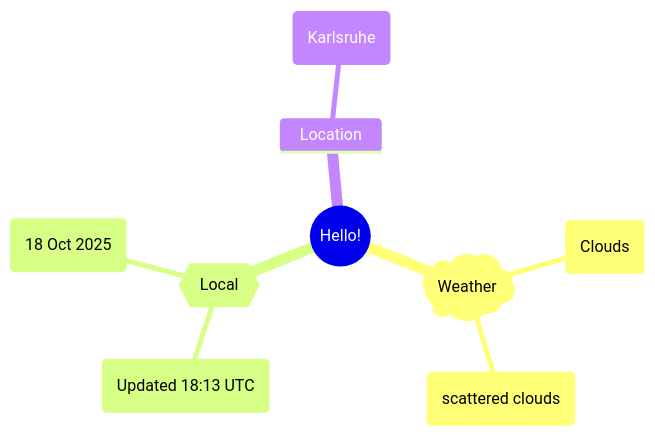
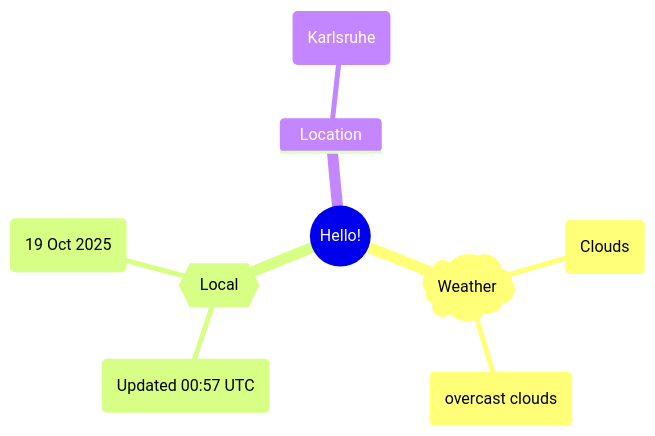
One commit to Xosrov/Xosrov changed the first of 2 diagrams in README.md. Above: the diagram before and after it, drawn with Mermaid.

Commit message:
[bot] updated images

````diff
--- a/README.md
+++ b/README.md
@@ -3,12 +3,12 @@
 ```mermaid
 mindmap
   root((Hello!))
     )Weather(
         (Clouds)
-        (scattered clouds)
+        (overcast clouds)
     {{Local}}
-        (Updated 18:13 UTC)
-        (18 Oct 2025)
+        (Updated 00:57 UTC)
+        (19 Oct 2025)
     Location
         (Karlsruhe)
 ```
````
